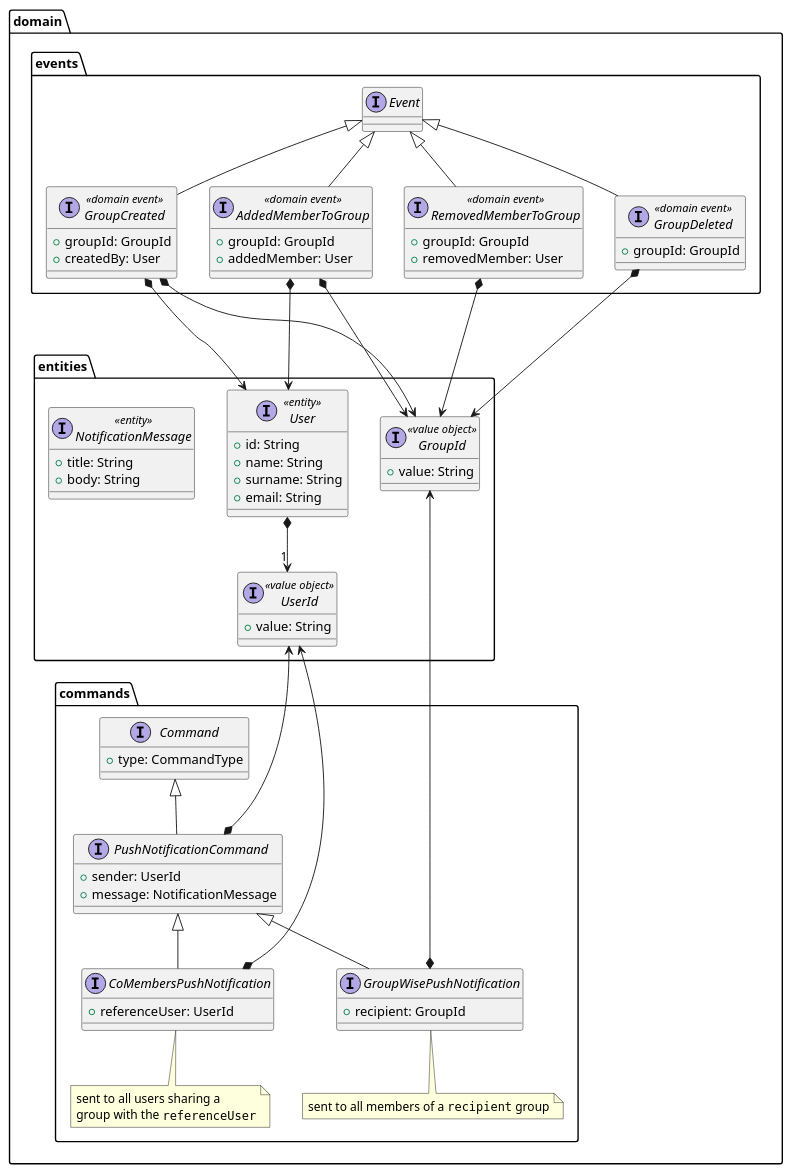
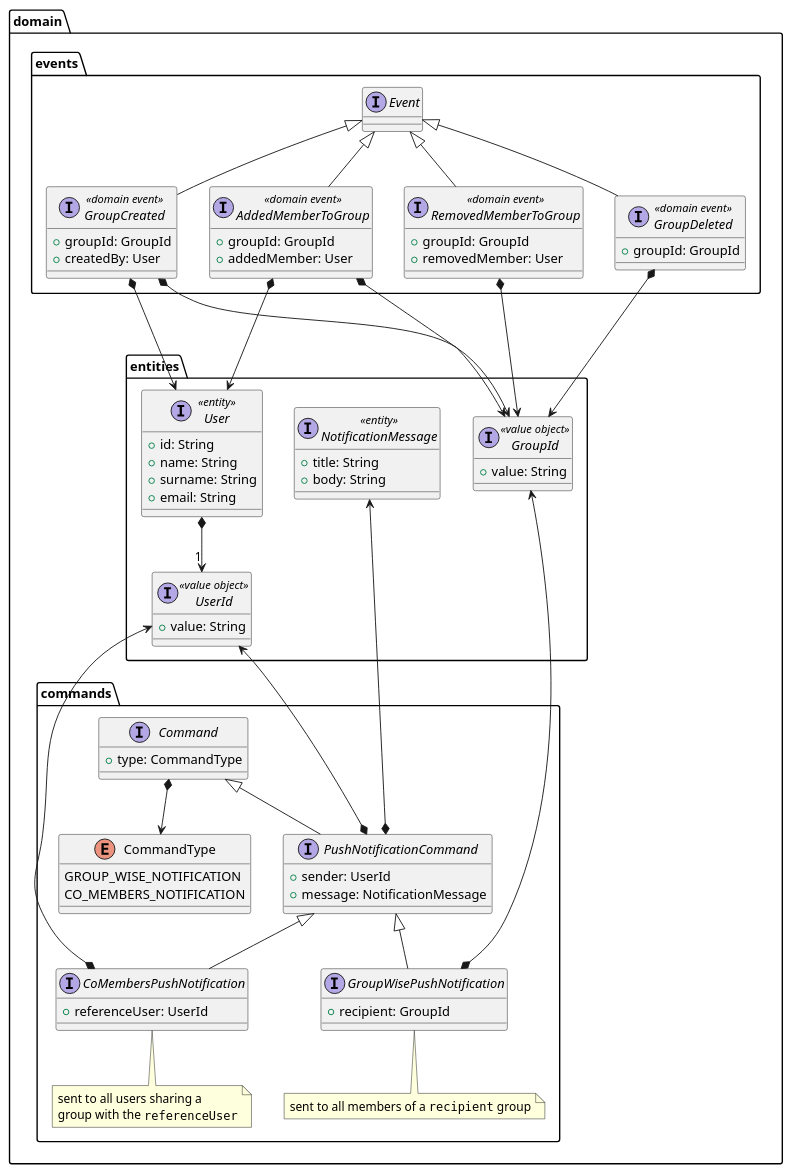
One commit to position-pal/Documentation changed the diagram in content/docs/4-detailed-design/1-shared-kernel.md. Above: the diagram before and after it, drawn with PlantUML. The commit also changed 5 other files, not shown here.

```diff
--- a/content/docs/4-detailed-design/1-shared-kernel.md
+++ b/content/docs/4-detailed-design/1-shared-kernel.md
@@ -29,13 +29,12 @@
             + surname: String
             + email: String
         }
+        User *--> "1" UserId
 
         interface NotificationMessage <<entity>> {
             + title: String
             + body: String
         }
-
-        User *--> "1" UserId
     }
 
     package events {
@@ -70,10 +69,17 @@
             + type: CommandType
         }
 
+        enum CommandType {
+            GROUP_WISE_NOTIFICATION
+            CO_MEMBERS_NOTIFICATION
+        }
+        Command *--> CommandType
+
         interface PushNotificationCommand extends Command {
             + sender: UserId
             + message: NotificationMessage
         }
+        NotificationMessage <---* PushNotificationCommand
 
         interface GroupWisePushNotification extends PushNotificationCommand {
             + recipient: GroupId
@@ -91,8 +97,8 @@
         end note
 
         PushNotificationCommand *-up--> UserId
-        GroupWisePushNotification *-up--> GroupId
-        CoMembersPushNotification *-up--> UserId
+        GroupWisePushNotification *-up-> GroupId
+        CoMembersPushNotification *-up-> UserId
     }
 }
 
```
